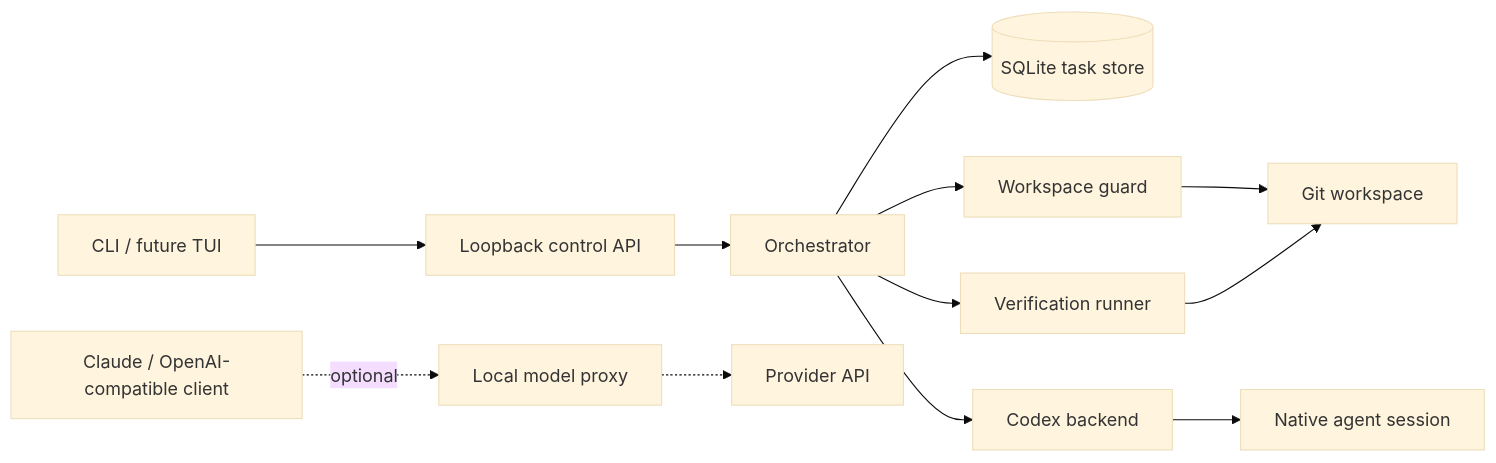
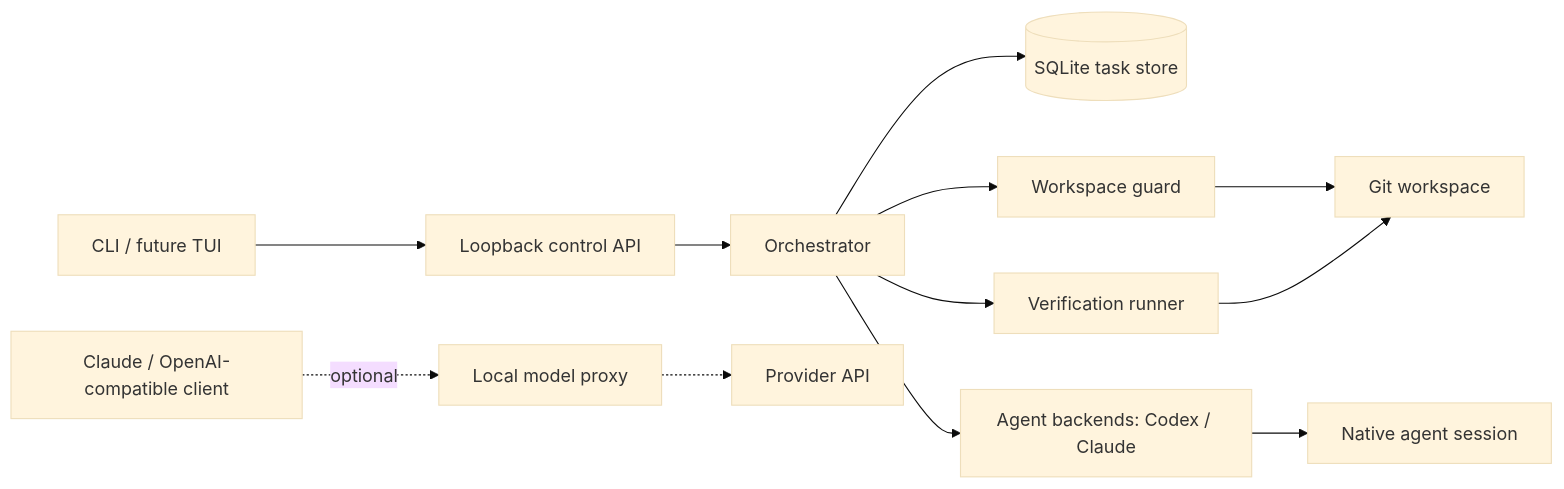
Before and after one commit to Revanth14/indexqube: the diagram in README.md, drawn with Mermaid (base theme). The commit also changed other lines of this file and 12 other files, not shown here.

````diff
--- a/README.md
+++ b/README.md
@@ -274,15 +302,15 @@
 ```mermaid
 flowchart LR
     UI[CLI / future TUI] --> API[Loopback control API]
     API --> ORCH[Orchestrator]
     ORCH --> STORE[(SQLite task store)]
     ORCH --> GUARD[Workspace guard]
-    ORCH --> AGENT[Codex backend]
+    ORCH --> AGENT[Agent backends: Codex / Claude]
     ORCH --> VERIFY[Verification runner]
     AGENT --> SESSION[Native agent session]
     GUARD --> REPO[Git workspace]
     VERIFY --> REPO
 
     CLIENT[Claude / OpenAI-compatible client] -. optional .-> PROXY[Local model proxy]
     PROXY -.-> UPSTREAM[Provider API]
 ```
````
